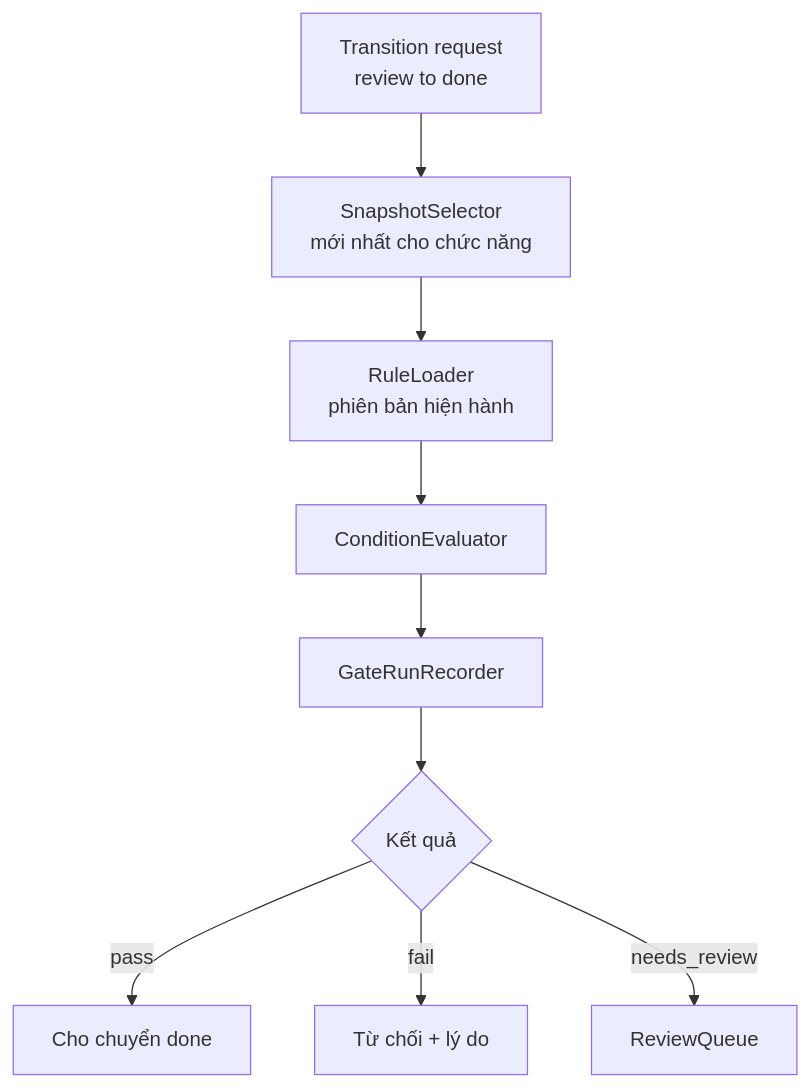
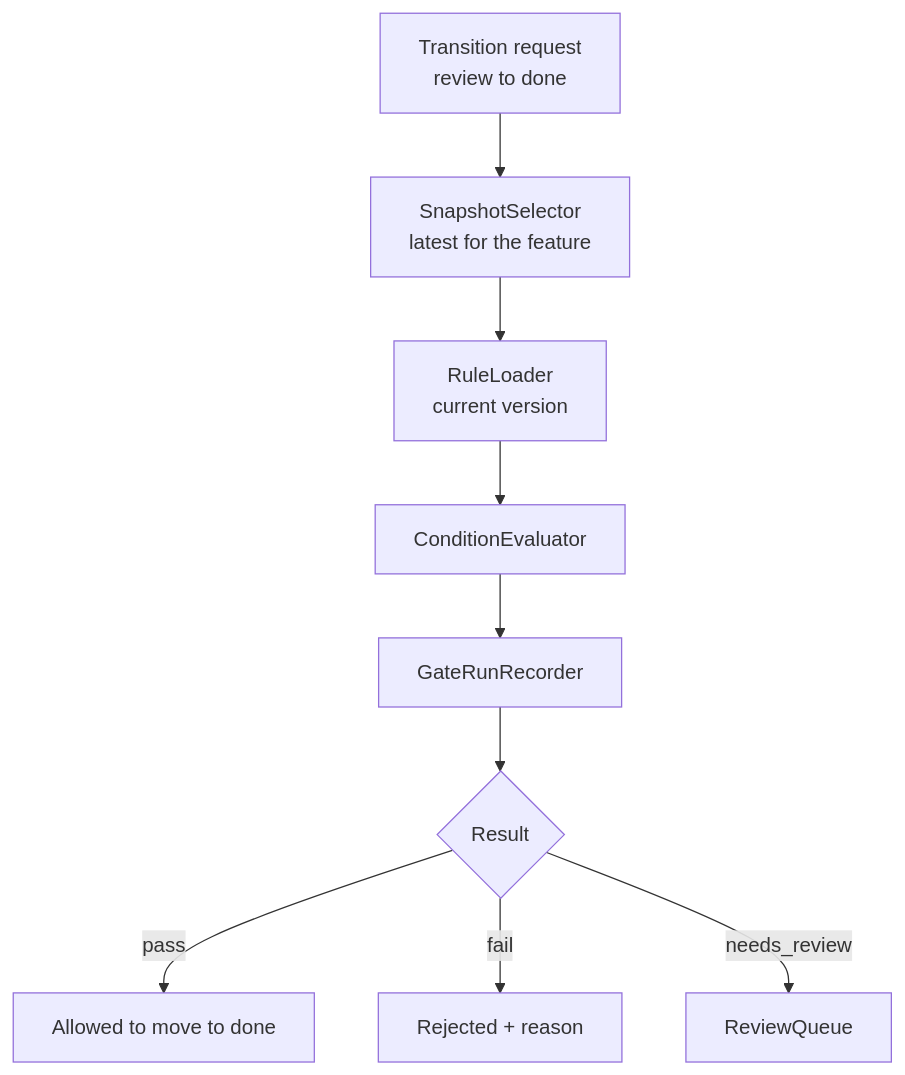
One commit to tungld9999blacksmith/Strata changed diagram 16 of 21 in README.md. Above: the diagram before and after it, drawn with Mermaid. The commit also changed other lines of this file and 13 other files, not shown here.

````diff
--- a/README.md
+++ b/README.md
@@ -1054,11 +1054,11 @@
 ```mermaid
 flowchart TB
-    T["Transition request<br/>review to done"] --> S["SnapshotSelector<br/>mới nhất cho chức năng"]
-    S --> R["RuleLoader<br/>phiên bản hiện hành"]
+    T["Transition request<br/>review to done"] --> S["SnapshotSelector<br/>latest for the feature"]
+    S --> R["RuleLoader<br/>current version"]
     R --> E["ConditionEvaluator"]
     E --> G["GateRunRecorder"]
-    G --> X{"Kết quả"}
-    X -- pass --> OK["Cho chuyển done"]
-    X -- fail --> NO["Từ chối + lý do"]
+    G --> X{"Result"}
+    X -- pass --> OK["Allowed to move to done"]
+    X -- fail --> NO["Rejected + reason"]
     X -- needs_review --> Q["ReviewQueue"]
 ```
````
